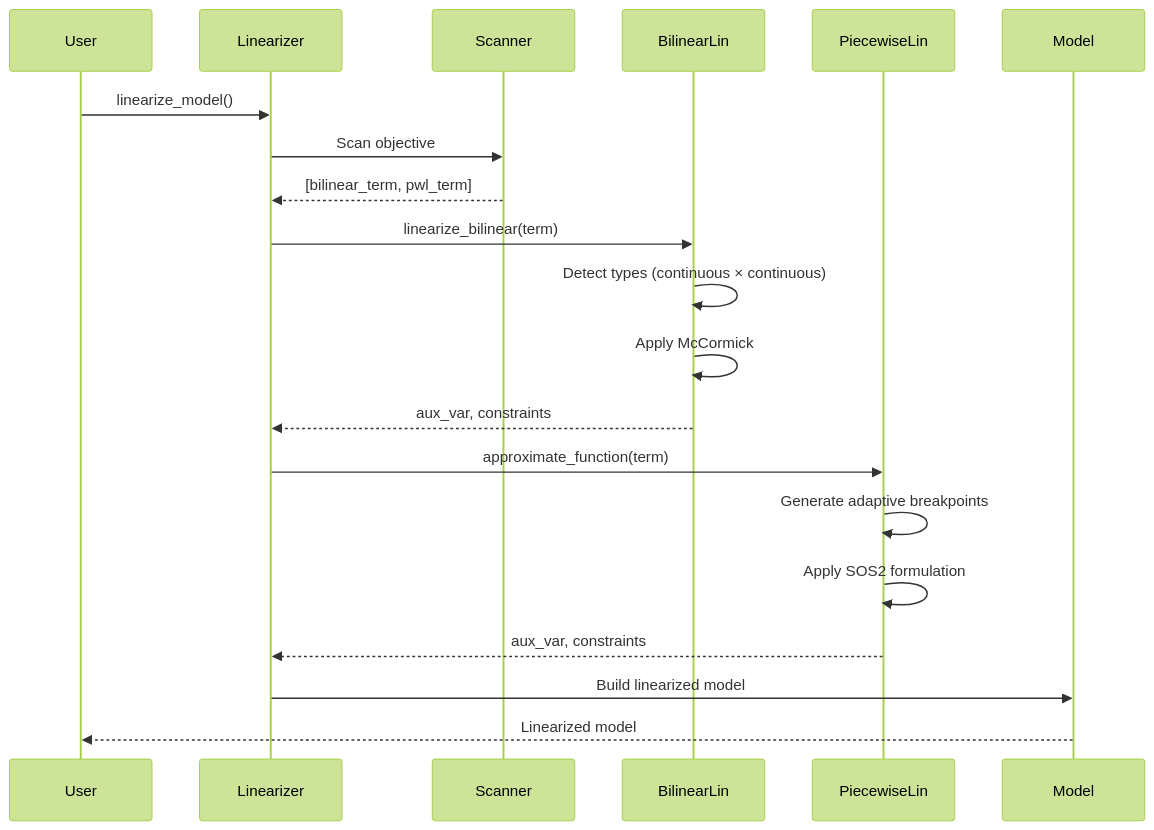
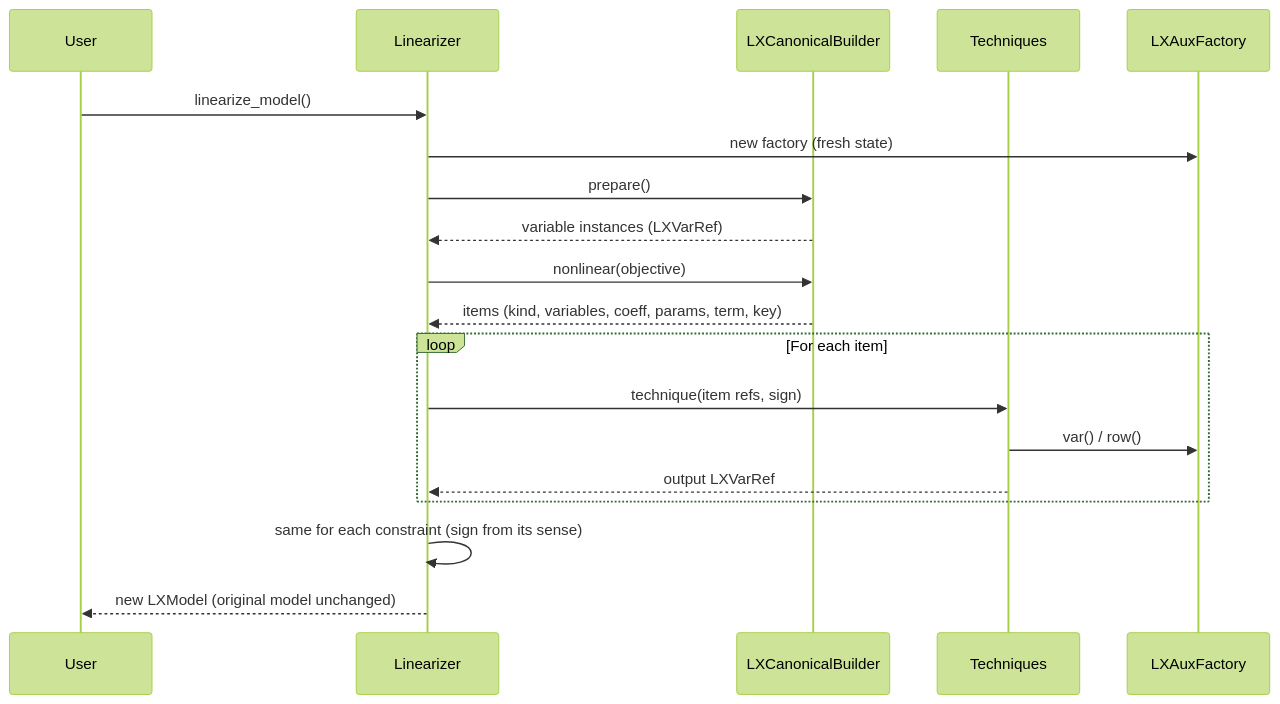
One commit to tdelphi1981/LumiX changed the second of 2 diagrams in docs/source/development/linearization-architecture.rst. Above: the diagram before and after it, drawn with Mermaid (forest theme). The commit also changed other lines of this file and 25 other files, not shown here.

```diff
--- a/docs/source/development/linearization-architecture.rst
+++ b/docs/source/development/linearization-architecture.rst
@@ -259,26 +240,22 @@
 .. mermaid::
 
    sequenceDiagram
        participant User
        participant Linearizer
-       participant Scanner
-       participant BilinearLin
-       participant PiecewiseLin
-       participant Model
+       participant Builder as LXCanonicalBuilder
+       participant Techniques
+       participant Factory as LXAuxFactory
 
        User->>Linearizer: linearize_model()
-       Linearizer->>Scanner: Scan objective
-       Scanner-->>Linearizer: [bilinear_term, pwl_term]
-
-       Linearizer->>BilinearLin: linearize_bilinear(term)
-       BilinearLin->>BilinearLin: Detect types (continuous × continuous)
-       BilinearLin->>BilinearLin: Apply McCormick
-       BilinearLin-->>Linearizer: aux_var, constraints
-
-       Linearizer->>PiecewiseLin: approximate_function(term)
-       PiecewiseLin->>PiecewiseLin: Generate adaptive breakpoints
-       PiecewiseLin->>PiecewiseLin: Apply SOS2 formulation
-       PiecewiseLin-->>Linearizer: aux_var, constraints
-
-       Linearizer->>Model: Build linearized model
-       Model-->>User: Linearized model
+       Linearizer->>Factory: new factory (fresh state)
+       Linearizer->>Builder: prepare()
+       Builder-->>Linearizer: variable instances (LXVarRef)
+       Linearizer->>Builder: nonlinear(objective)
+       Builder-->>Linearizer: items (kind, variables, coeff, params, term, key)
+       loop For each item
+           Linearizer->>Techniques: technique(item refs, sign)
+           Techniques->>Factory: var() / row()
+           Techniques-->>Linearizer: output LXVarRef
+       end
+       Linearizer->>Linearizer: same for each constraint (sign from its sense)
+       Linearizer-->>User: new LXModel (original model unchanged)
```
